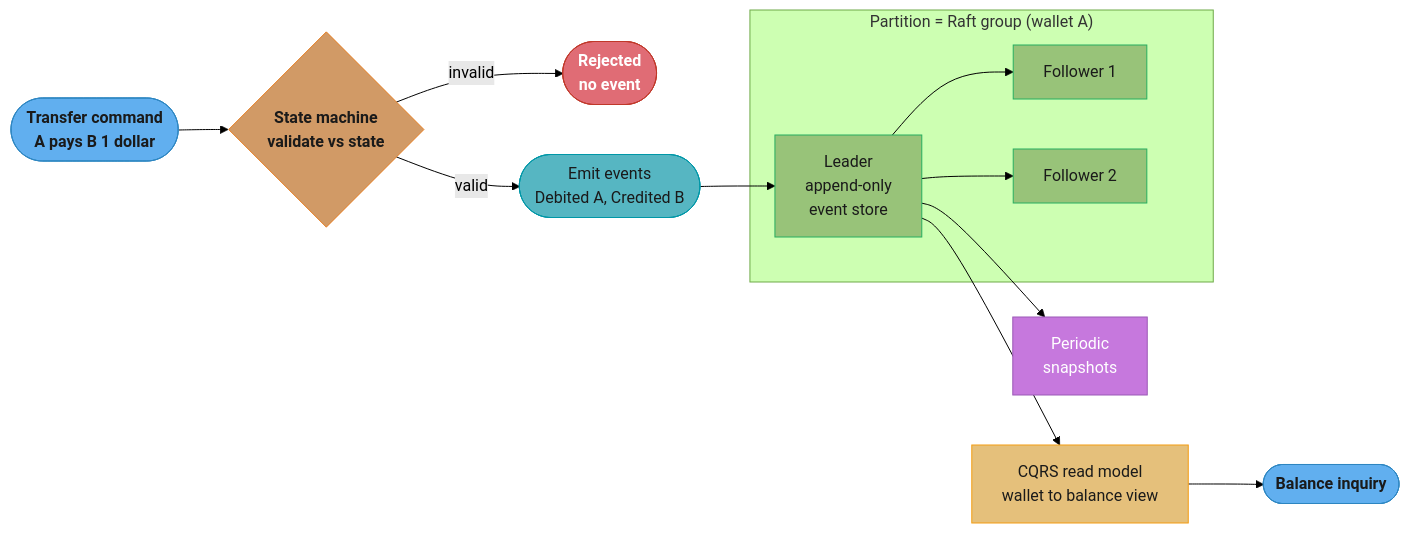
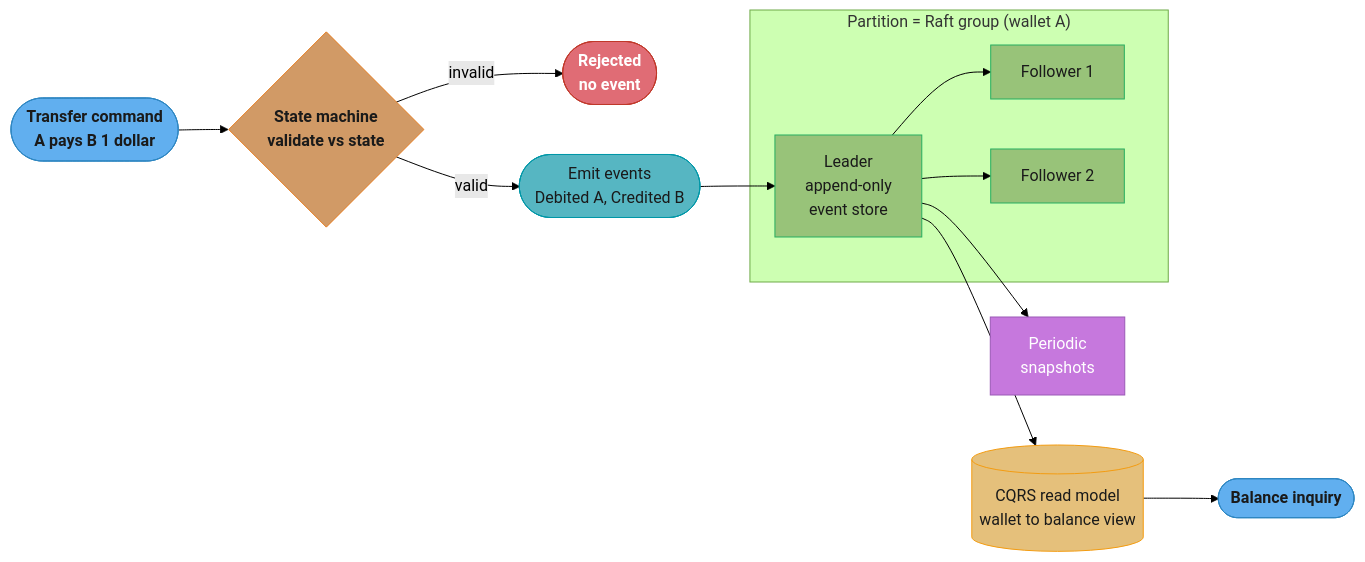
Before and after one commit to rppol/system-design: the fourth of 5 diagrams in src/main/java/com/rutik/systemdesign/book/system_design_interview_vol_2/12_digital_wallet/README.md, drawn with Mermaid (forest theme). The commit also changed other lines of this file, not shown here.

Commit message:
chore(diagrams): product logos + ascii sweep in 12_digital_wallet/README.md

````diff
--- a/src/main/java/com/rutik/systemdesign/book/system_design_interview_vol_2/12_digital_wallet/README.md
+++ b/src/main/java/com/rutik/systemdesign/book/system_design_interview_vol_2/12_digital_wallet/README.md
@@ -582,32 +582,32 @@
 ```mermaid
 flowchart LR
     classDef io      fill:#61afef,stroke:#2e86c1,color:#1a1a1a,font-weight:bold
     classDef frozen  fill:#c678dd,stroke:#9b59b6,color:#fff
     classDef train   fill:#98c379,stroke:#27ae60,color:#1a1a1a
     classDef mathOp  fill:#d19a66,stroke:#e67e22,color:#1a1a1a,font-weight:bold
     classDef lossN   fill:#e06c75,stroke:#c0392b,color:#fff,font-weight:bold
     classDef req     fill:#56b6c2,stroke:#0097a7,color:#1a1a1a
     classDef base    fill:#e5c07b,stroke:#f39c12,color:#1a1a1a
 
     CMD(["Transfer command<br/>A pays B 1 dollar"]) --> SM{"State machine<br/>validate vs state"}
     SM -->|"invalid"| REJ(["Rejected<br/>no event"])
     SM -->|"valid"| EV(["Emit events<br/>Debited A, Credited B"])
 
     subgraph P1["Partition = Raft group (wallet A)"]
         LEAD["Leader<br/>append-only<br/>event store"] --> F1["Follower 1"]
         LEAD --> F2["Follower 2"]
     end
 
     EV --> LEAD
     LEAD --> SNAP["Periodic<br/>snapshots"]
-    LEAD --> RV["CQRS read model<br/>wallet to balance view"]
+    LEAD --> RV[("CQRS read model<br/>wallet to balance view")]
     RV --> QRY(["Balance inquiry"])
 
     class CMD,QRY io
     class SM mathOp
     class REJ lossN
     class EV req
     class LEAD,F1,F2 train
     class SNAP frozen
     class RV base
 ```
````
